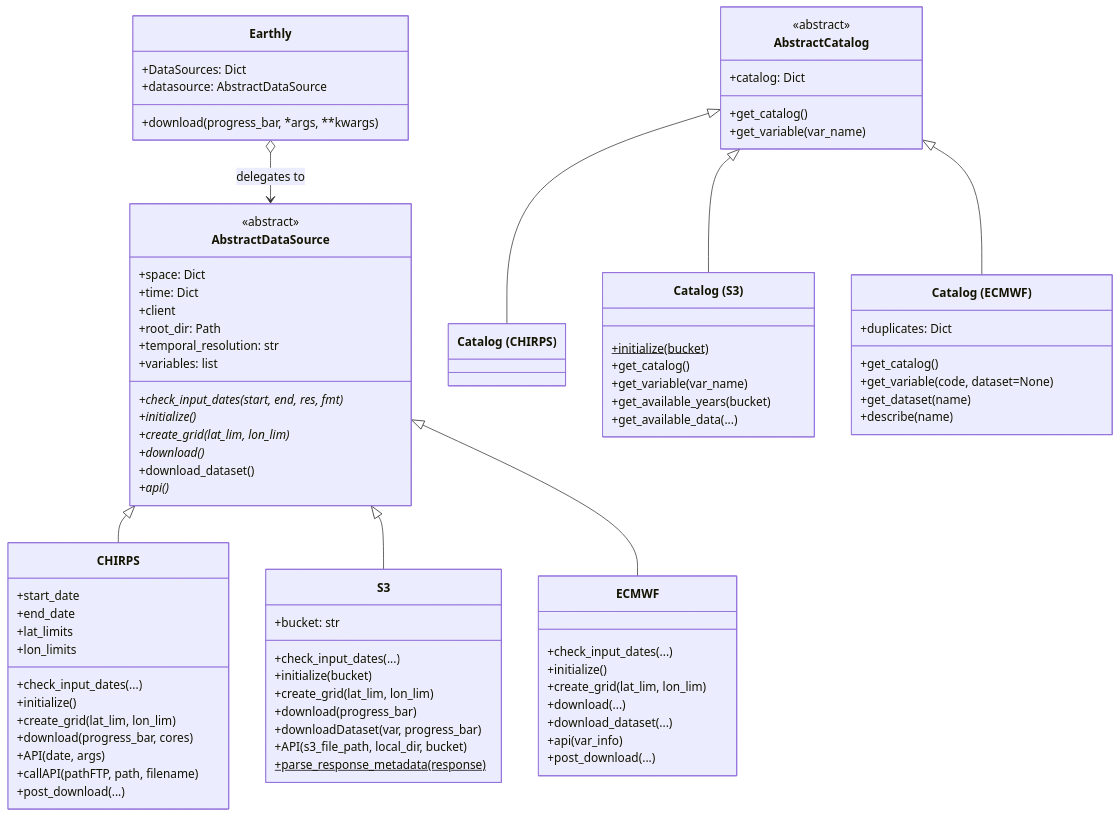
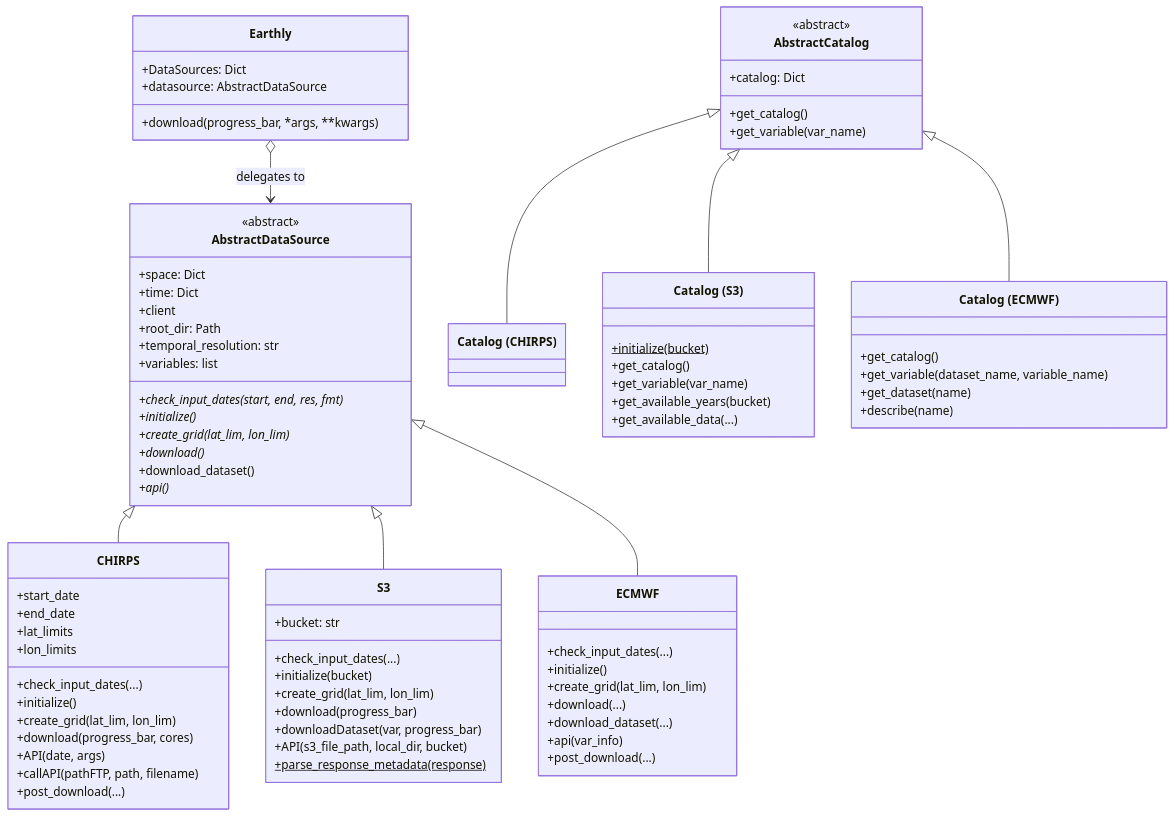
One commit to serapeum-org/earthly changed the second of 5 diagrams in docs/overview/architecture.md. Above: the diagram before and after it, drawn with Mermaid. The commit also changed 11 other files, not shown here.

Commit message:
refactor: update Catalog API to use (dataset_name, variable_name) pair for variable lookups

````diff
--- a/docs/overview/architecture.md
+++ b/docs/overview/architecture.md
@@ -108,9 +108,8 @@
     }
     class ECMWF_Catalog["Catalog (ECMWF)"] {
         +get_catalog()
-        +get_variable(code, dataset=None)
+        +get_variable(dataset_name, variable_name)
         +get_dataset(name)
         +describe(name)
-        +duplicates: Dict
     }
 ```
````
